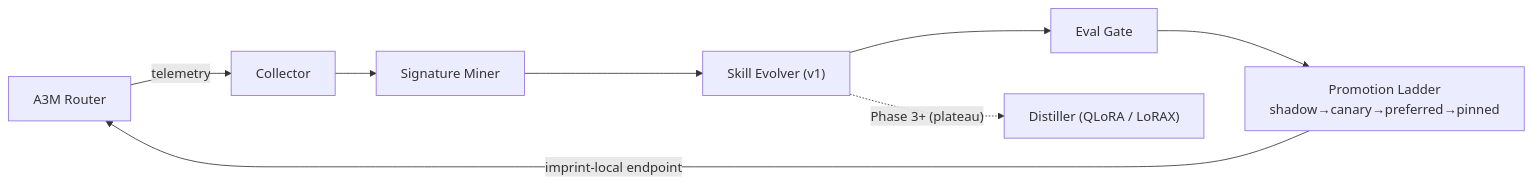
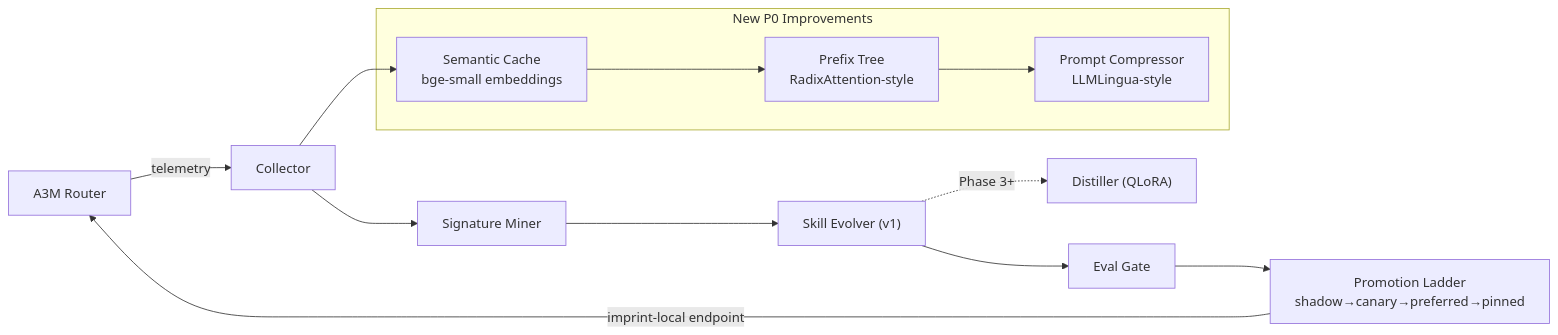
The diagram in PLAN.md (Das-rebel/imprint), drawn with Mermaid before and after one commit. The commit also changed other lines of this file and 6 other files, not shown here.

First line of the commit message:
feat(v0.4): P0 improvements — semantic cache + prefix tree + prompt compression + updated server + benchmarks + 18 passing tests

````diff
--- a/PLAN.md
+++ b/PLAN.md
@@ -49,10 +63,20 @@
 ```mermaid
 flowchart LR
     A3M["A3M Router"] -->|telemetry| C["Collector"]
     C --> M["Signature Miner"]
     M --> E["Skill Evolver (v1)"]
     E --> G["Eval Gate"]
     G --> L["Promotion Ladder<br/>shadow→canary→preferred→pinned"]
     L -->|imprint-local endpoint| A3M
-    E -.->|"Phase 3+ (plateau)"| D["Distiller (QLoRA / LoRAX)"]
+    E -.->|"Phase 3+"| D["Distiller (QLoRA)"]
+    
+    subgraph "New P0 Improvements"
+        SC["Semantic Cache<br/>bge-small embeddings"]
+        PT["Prefix Tree<br/>RadixAttention-style"]
+        PC["Prompt Compressor<br/>LLMLingua-style"]
+    end
+    
+    C --> SC
+    SC --> PT
+    PT --> PC
 ```
````
